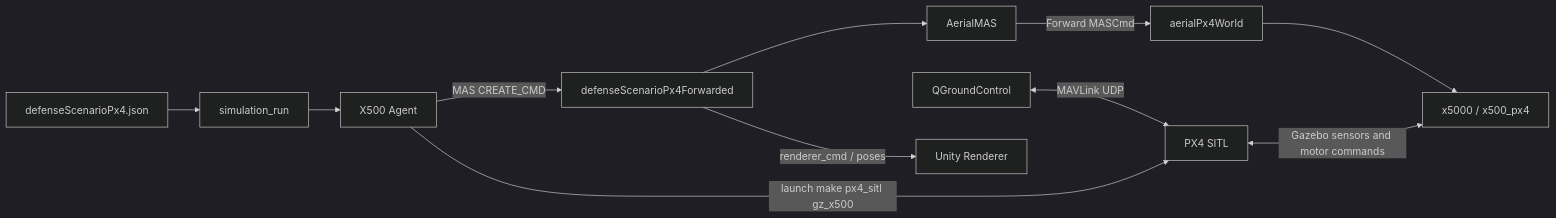
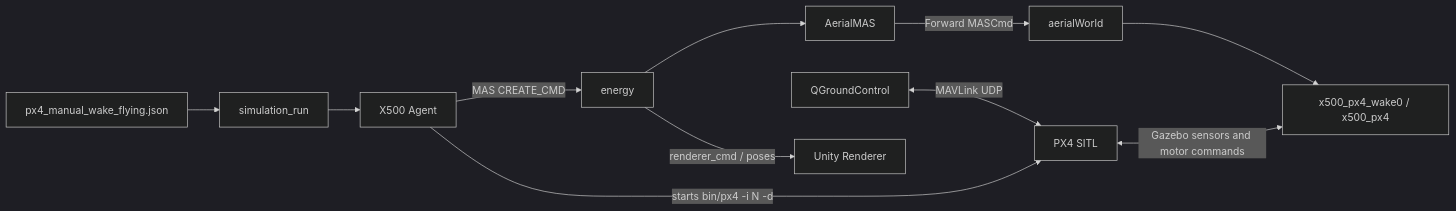
One commit to IRL-Crossing-CNRS/LOTUSim changed the diagram in docs/PX4_Documentation/PX4_Integration_Technical.md. Above: the diagram before and after it, drawn with Mermaid (dark theme). The commit also changed other lines of this file and 55 other files, not shown here.

````diff
--- a/docs/PX4_Documentation/PX4_Integration_Technical.md
+++ b/docs/PX4_Documentation/PX4_Integration_Technical.md
@@ -107,25 +106,25 @@
 ```mermaid
 flowchart LR
-    Config[defenseScenarioPx4.json]
+    Config[px4_manual_wake_flying.json]
     Scenario[simulation_run]
     X500[X500 Agent]
-    MainWorld[defenseScenarioPx4Forwarded]
+    MainWorld[energy]
     AerialBridge[AerialMAS]
-    AerialWorld[aerialPx4World]
-    Drone[x5000 / x500_px4]
+    AerialWorld[aerialWorld]
+    Drone[x500_px4_wake0 / x500_px4]
     PX4[PX4 SITL]
     QGC[QGroundControl]
     Unity[Unity Renderer]
 
     Config --> Scenario
     Scenario --> X500
     X500 -->|MAS CREATE_CMD| MainWorld
     MainWorld --> AerialBridge
     AerialBridge -->|Forward MASCmd| AerialWorld
     AerialWorld --> Drone
 
-    X500 -->|launch make px4_sitl gz_x500| PX4
+    X500 -->|starts bin/px4 -i N -d| PX4
     PX4 <-->|Gazebo sensors and motor commands| Drone
     QGC <-->|MAVLink UDP| PX4
     MainWorld -->|renderer_cmd / poses| Unity
 ```
````
